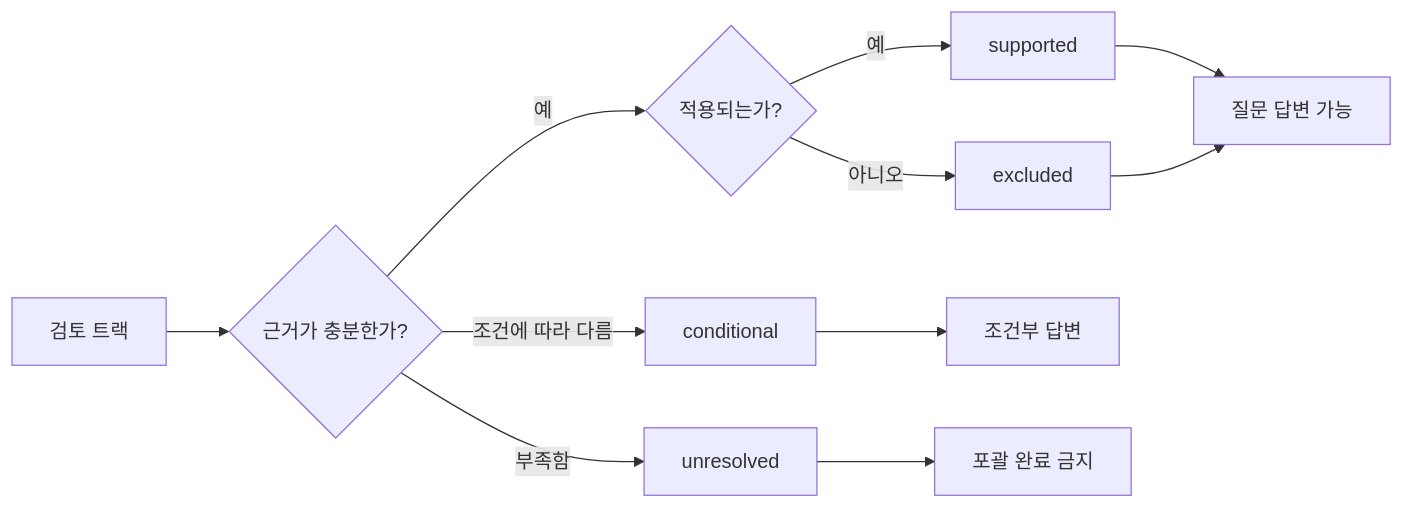
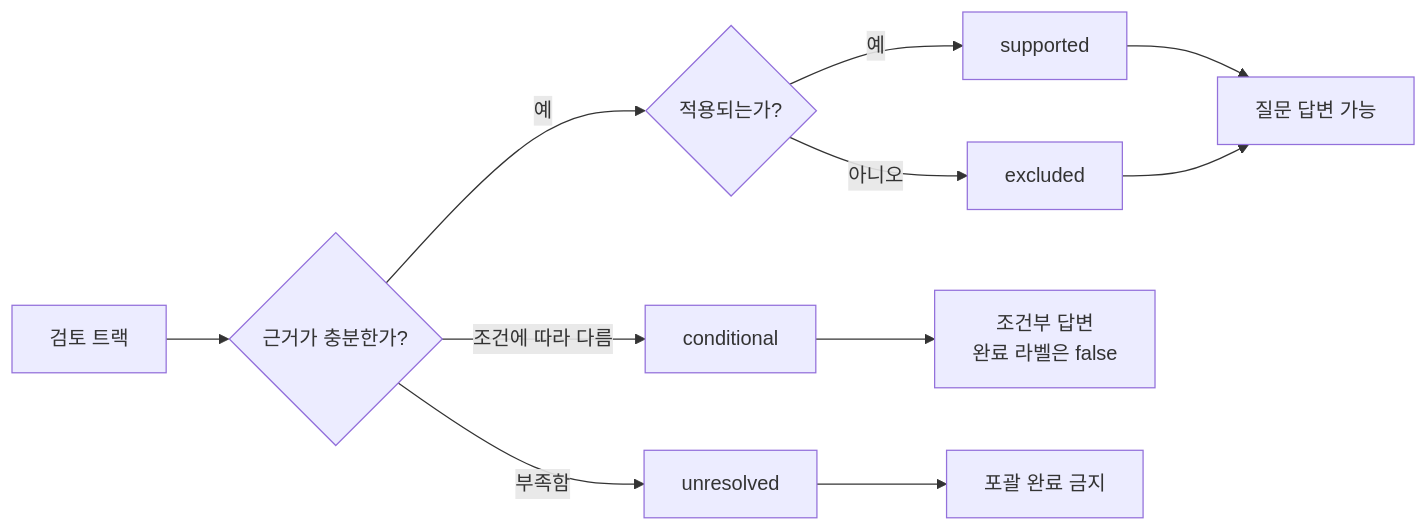
The seventh of 9 diagrams in docs/reviews/OMISSION_SCREENING_CASES_VISUAL_2026-09-22.md (hyunae52/legal_harness), drawn with Mermaid before and after one commit. The commit also changed other lines of this file and 1 other file, not shown here.

````diff
--- a/docs/reviews/OMISSION_SCREENING_CASES_VISUAL_2026-09-22.md
+++ b/docs/reviews/OMISSION_SCREENING_CASES_VISUAL_2026-09-22.md
@@ -163,14 +179,14 @@
 ```mermaid
 flowchart LR
     T[검토 트랙] --> E{근거가 충분한가?}
     E -- 예 --> P{적용되는가?}
     P -- 예 --> S[supported]
     P -- 아니오 --> X[excluded]
     E -- 조건에 따라 다름 --> C[conditional]
     E -- 부족함 --> U[unresolved]
 
     S --> Q[질문 답변 가능]
     X --> Q
-    C --> QC[조건부 답변]
+    C --> QC[조건부 답변<br/>완료 라벨은 false]
     U --> NC[포괄 완료 금지]
 ```
````
